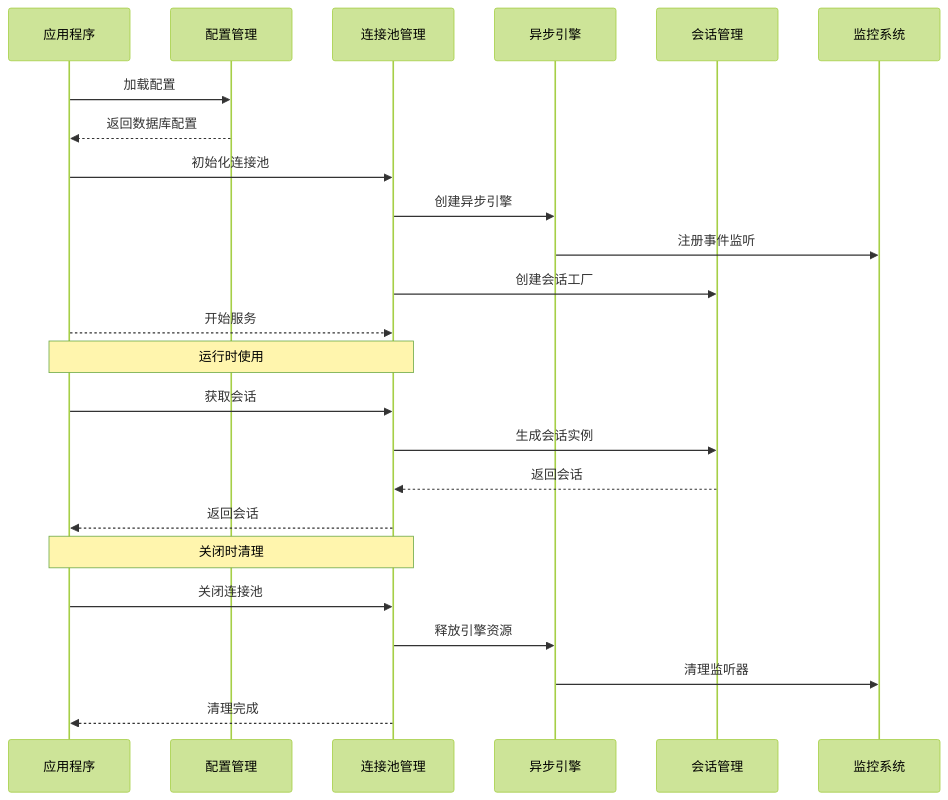
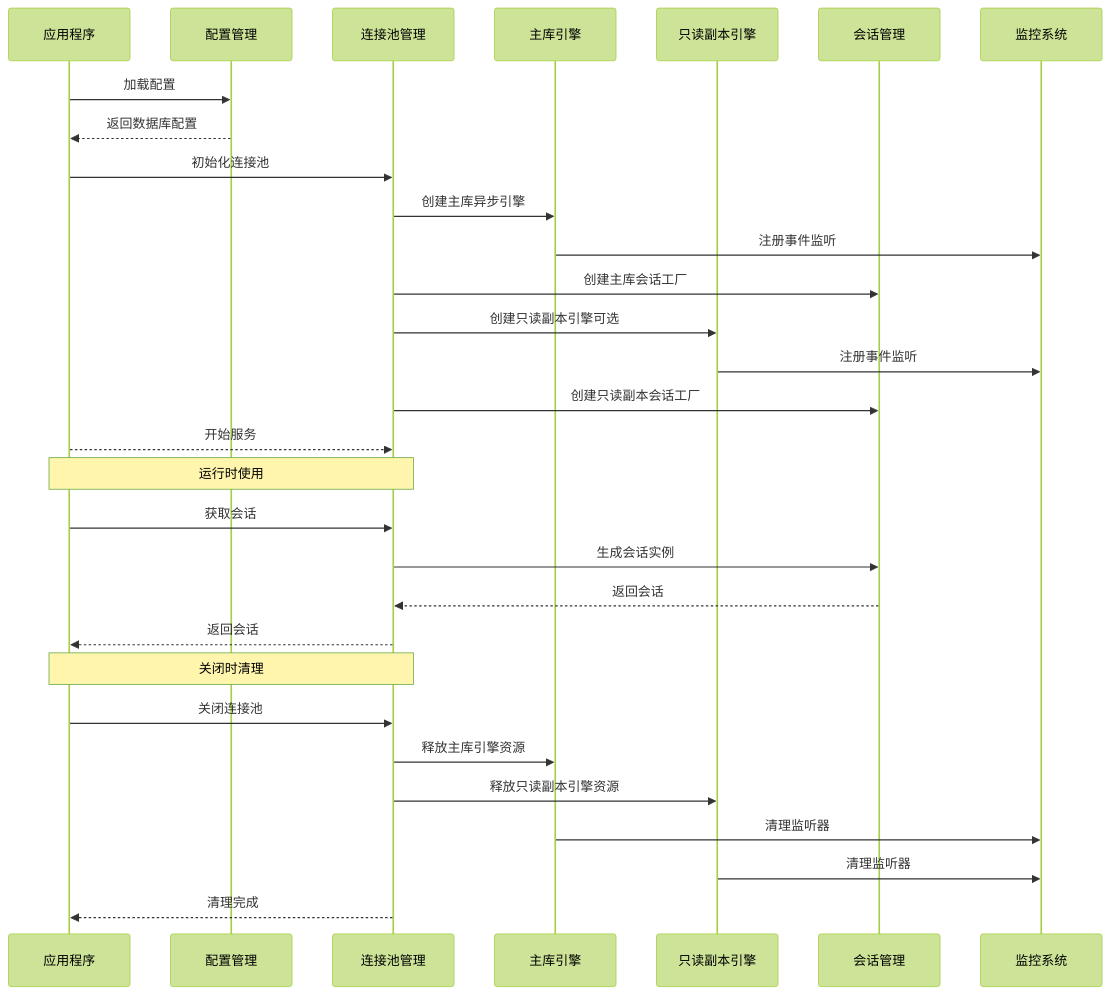
The second of 12 diagrams in .qoder/repowiki/zh/content/数据库集成/连接池管理.md (lilinzezzzzzz/fastapi-backend), drawn with Mermaid (forest theme) before and after one commit. The commit also changed other lines of this file and 42 other files, not shown here.

````diff
--- a/.qoder/repowiki/zh/content/数据库集成/连接池管理.md
+++ b/.qoder/repowiki/zh/content/数据库集成/连接池管理.md
@@ -110,26 +121,32 @@
 ```mermaid
 sequenceDiagram
 participant App as 应用程序
 participant Config as 配置管理
 participant DB as 连接池管理
-participant Engine as 异步引擎
+participant MainEngine as 主库引擎
+participant ReadEngine as 只读副本引擎
 participant Session as 会话管理
 participant Monitor as 监控系统
 App->>Config : 加载配置
 Config-->>App : 返回数据库配置
 App->>DB : 初始化连接池
-DB->>Engine : 创建异步引擎
-Engine->>Monitor : 注册事件监听
-DB->>Session : 创建会话工厂
+DB->>MainEngine : 创建主库异步引擎
+MainEngine->>Monitor : 注册事件监听
+DB->>Session : 创建主库会话工厂
+DB->>ReadEngine : 创建只读副本引擎可选
+ReadEngine->>Monitor : 注册事件监听
+DB->>Session : 创建只读副本会话工厂
 App-->>DB : 开始服务
 Note over App,DB : 运行时使用
 App->>DB : 获取会话
 DB->>Session : 生成会话实例
 Session-->>DB : 返回会话
 DB-->>App : 返回会话
 Note over App,DB : 关闭时清理
 App->>DB : 关闭连接池
-DB->>Engine : 释放引擎资源
-Engine->>Monitor : 清理监听器
+DB->>MainEngine : 释放主库引擎资源
+DB->>ReadEngine : 释放只读副本引擎资源
+MainEngine->>Monitor : 清理监听器
+ReadEngine->>Monitor : 清理监听器
 DB-->>App : 清理完成
 ```
````
